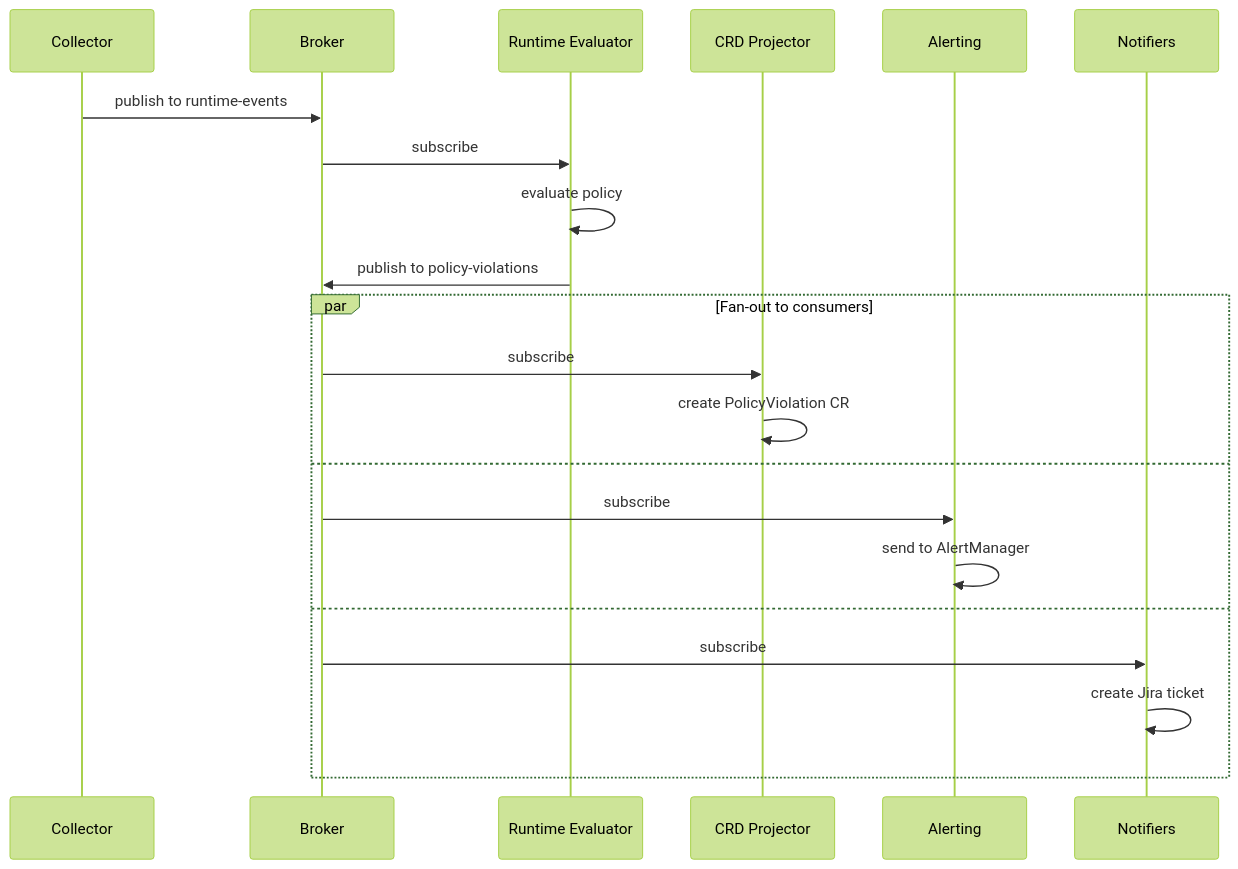
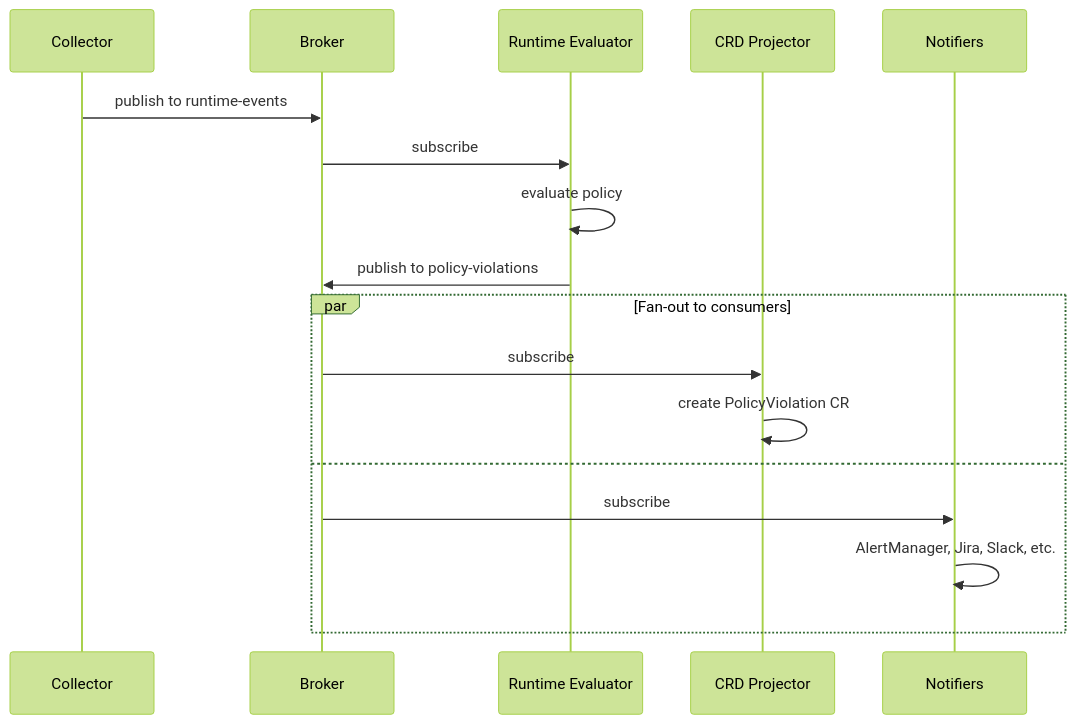
One commit to kylape/acs-next changed the second of 3 diagrams in docs/architecture/README.md. Above: the diagram before and after it, drawn with Mermaid (forest theme). The commit also changed other lines of this file and 6 other files, not shown here.

First line of the commit message:
Consolidate Alerting Service and External Notifiers into Notifiers

````diff
--- a/docs/architecture/README.md
+++ b/docs/architecture/README.md
@@ -158,25 +157,21 @@
 ```mermaid
 sequenceDiagram
     participant Collector
     participant Broker
     participant Runtime Evaluator
     participant CRD Projector
-    participant Alerting
     participant Notifiers
 
     Collector->>Broker: publish to runtime-events
     Broker->>Runtime Evaluator: subscribe
     Runtime Evaluator->>Runtime Evaluator: evaluate policy
     Runtime Evaluator->>Broker: publish to policy-violations
 
     par Fan-out to consumers
         Broker->>CRD Projector: subscribe
         CRD Projector->>CRD Projector: create PolicyViolation CR
     and
-        Broker->>Alerting: subscribe
-        Alerting->>Alerting: send to AlertManager
-    and
         Broker->>Notifiers: subscribe
-        Notifiers->>Notifiers: create Jira ticket
+        Notifiers->>Notifiers: AlertManager, Jira, Slack, etc.
     end
 ```
````
